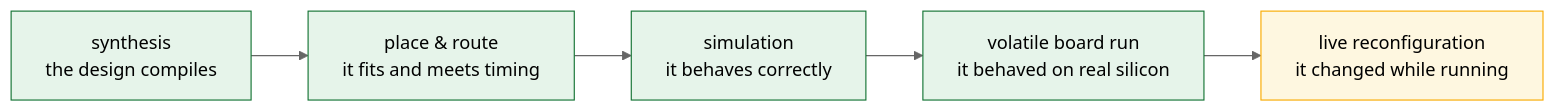
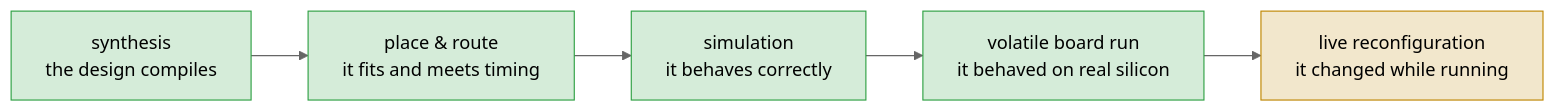
Before and after one commit to Scynth-Labs/atomiX: the seventh of 7 diagrams in DESIGN.md, drawn with Mermaid (neutral theme). The commit also changed other lines of this file and 5 other files, not shown here.

Commit message:
Update diagram styles for consistency across documentation

````diff
--- a/DESIGN.md
+++ b/DESIGN.md
@@ -621,12 +621,12 @@
 ```mermaid
 flowchart LR
   a["synthesis<br/>the design compiles"] --> b["place & route<br/>it fits and meets timing"]
   b --> c["simulation<br/>it behaves correctly"]
   c --> d["volatile board run<br/>it behaved on real silicon"]
   d --> e["live reconfiguration<br/>it changed while running"]
 
-  classDef done fill:#e6f4ea,stroke:#137333
-  classDef open fill:#fef7e0,stroke:#f9ab00
+  classDef done fill:#2ea04333,stroke:#2ea043
+  classDef open fill:#bf870033,stroke:#bf8700
   class a,b,c,d done
   class e open
 ```
````
